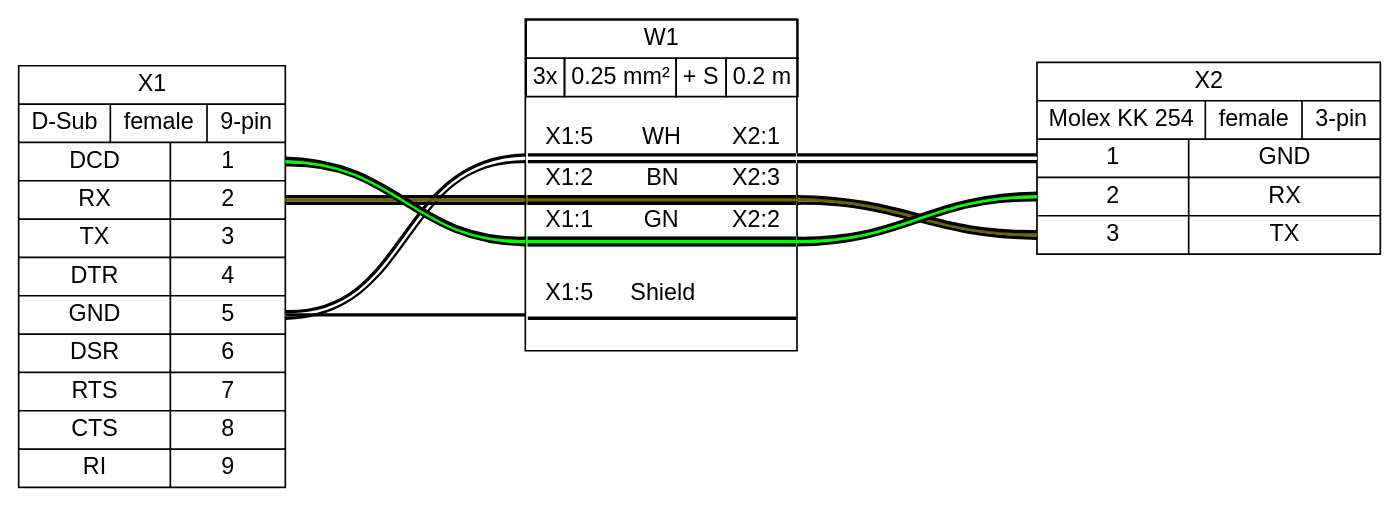
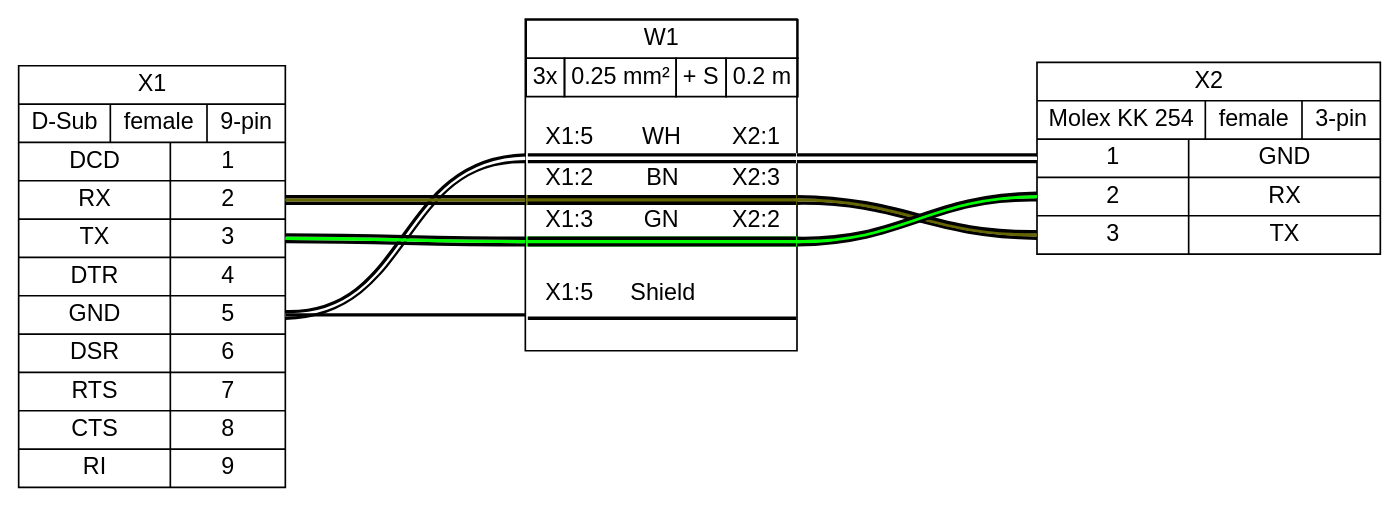
The diagram in examples/demo01.gv (wireviz/WireViz), drawn with Graphviz before and after one commit. The commit also changed 5 other files, not shown here.

```diff
--- a/examples/demo01.gv
+++ b/examples/demo01.gv
@@ -1,21 +1,21 @@
 graph {
 // Graph generated by WireViz
 // https://github.com/formatc1702/WireViz
 	graph [bgcolor=white fontname=arial nodesep=0.33 rankdir=LR ranksep=2]
 	node [fillcolor=white fontname=arial shape=record style=filled]
 	edge [fontname=arial style=bold]
 	X1 [label="X1|{D-Sub|female|9-pin}|{{DCD|RX|TX|DTR|GND|DSR|RTS|CTS|RI}|{<p1r>1|<p2r>2|<p3r>3|<p4r>4|<p5r>5|<p6r>6|<p7r>7|<p8r>8|<p9r>9}}"]
 	X2 [label="X2|{Molex KK 254|female|3-pin}|{{<p1l>1|<p2l>2|<p3l>3}|{GND|RX|TX}}"]
 	edge [color="#000000:#ffffff:#000000"]
 	X1:p5r:e -- W1:w1:w
 	W1:w1:e -- X2:p1l:w
 	edge [color="#000000:#666600:#000000"]
 	X1:p2r:e -- W1:w2:w
 	W1:w2:e -- X2:p3l:w
 	edge [color="#000000:#00ff00:#000000"]
-	X1:p1r:e -- W1:w3:w
+	X1:p3r:e -- W1:w3:w
 	W1:w3:e -- X2:p2l:w
 	edge [color="#000000"]
 	X1:p5r:e -- W1:ws:w
-	W1 [label=<<table border="0" cellspacing="0" cellpadding="0"><tr><td><table border="0" cellspacing="0" cellpadding="3" cellborder="1"><tr><td colspan="4">W1</td></tr><tr><td>3x</td><td>0.25 mm²</td><td>+ S</td><td>0.2 m</td></tr></table></td></tr><tr><td>&nbsp;</td></tr><tr><td><table border="0" cellspacing="0" cellborder="0"><tr><td>X1:5</td><td>WH</td><td>X2:1</td></tr><tr><td colspan="3" cellpadding="0" height="6" bgcolor="#ffffff" border="2" sides="tb" port="w1"></td></tr><tr><td>X1:2</td><td>BN</td><td>X2:3</td></tr><tr><td colspan="3" cellpadding="0" height="6" bgcolor="#666600" border="2" sides="tb" port="w2"></td></tr><tr><td>X1:1</td><td>GN</td><td>X2:2</td></tr><tr><td colspan="3" cellpadding="0" height="6" bgcolor="#00ff00" border="2" sides="tb" port="w3"></td></tr><tr><td>&nbsp;</td></tr><tr><td>X1:5</td><td>Shield</td><td><!-- s_out --></td></tr><tr><td colspan="3" cellpadding="0" height="6" border="2" sides="b" port="ws"></td></tr><tr><td>&nbsp;</td></tr></table></td></tr></table>> fillcolor=white margin=0 shape=box style=""]
+	W1 [label=<<table border="0" cellspacing="0" cellpadding="0"><tr><td><table border="0" cellspacing="0" cellpadding="3" cellborder="1"><tr><td colspan="4">W1</td></tr><tr><td>3x</td><td>0.25 mm²</td><td>+ S</td><td>0.2 m</td></tr></table></td></tr><tr><td>&nbsp;</td></tr><tr><td><table border="0" cellspacing="0" cellborder="0"><tr><td>X1:5</td><td>WH</td><td>X2:1</td></tr><tr><td colspan="3" cellpadding="0" height="6" bgcolor="#ffffff" border="2" sides="tb" port="w1"></td></tr><tr><td>X1:2</td><td>BN</td><td>X2:3</td></tr><tr><td colspan="3" cellpadding="0" height="6" bgcolor="#666600" border="2" sides="tb" port="w2"></td></tr><tr><td>X1:3</td><td>GN</td><td>X2:2</td></tr><tr><td colspan="3" cellpadding="0" height="6" bgcolor="#00ff00" border="2" sides="tb" port="w3"></td></tr><tr><td>&nbsp;</td></tr><tr><td>X1:5</td><td>Shield</td><td><!-- s_out --></td></tr><tr><td colspan="3" cellpadding="0" height="6" border="2" sides="b" port="ws"></td></tr><tr><td>&nbsp;</td></tr></table></td></tr></table>> fillcolor=white margin=0 shape=box style=""]
 }
```
